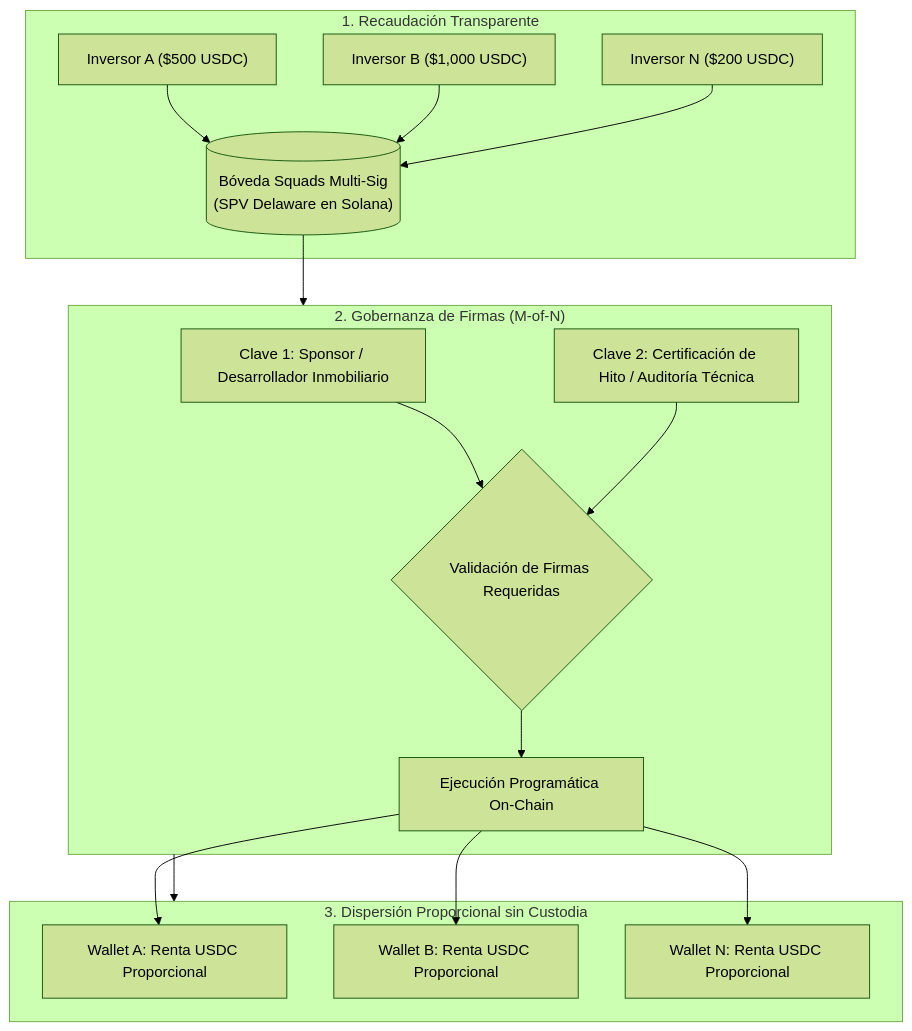
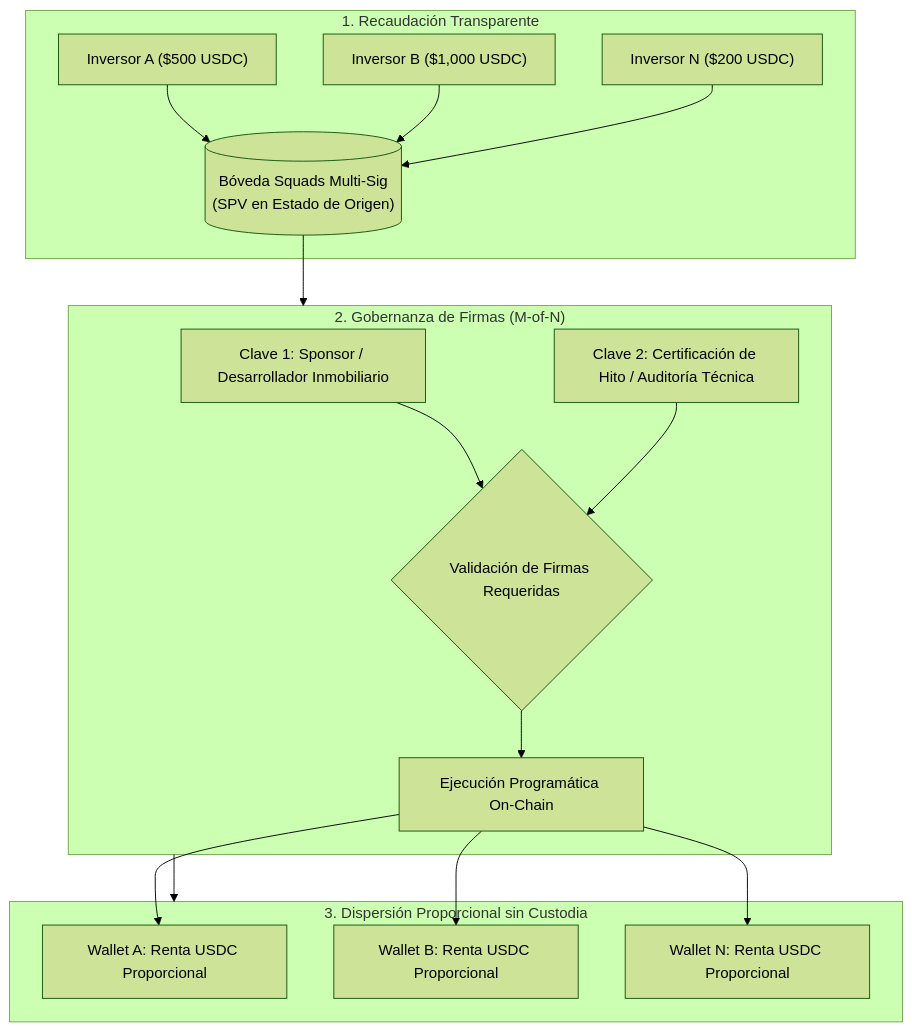
One commit to jeisonsosablockdev/BRIDS-KNOWLEDGE-FORT changed the diagram in BRIDS-Brain/01 Negocio/01 Estrategia & Modelo/Business Concepts/concept-multisig-treasury-governance.md. Above: the diagram before and after it, drawn with Mermaid (forest theme). The commit also changed other lines of this file and 39 other files, not shown here.

````diff
--- a/BRIDS-Brain/01 Negocio/01 Estrategia & Modelo/Business Concepts/concept-multisig-treasury-governance.md
+++ b/BRIDS-Brain/01 Negocio/01 Estrategia & Modelo/Business Concepts/concept-multisig-treasury-governance.md
@@ -46,24 +46,24 @@
 ```mermaid
 flowchart TD
     subgraph Recaudacion["1. Recaudación Transparente"]
         Inv1["Inversor A ($500 USDC)"] --> Boveda
         Inv2["Inversor B ($1,000 USDC)"] --> Boveda
         Inv3["Inversor N ($200 USDC)"] --> Boveda
-        Boveda[("Bóveda Squads Multi-Sig<br/>(SPV Delaware en Solana)")]
+        Boveda[("Bóveda Squads Multi-Sig<br/>(SPV en Estado de Origen)")]
     end
 
     subgraph Gobernanza["2. Gobernanza de Firmas (M-of-N)"]
         K1["Clave 1: Sponsor / Desarrollador Inmobiliario"] --> Auth{"Validación de Firmas Requeridas"}
         K2["Clave 2: Certificación de Hito / Auditoría Técnica"] --> Auth
         Auth --> Release["Ejecución Programática On-Chain"]
     end
 
     subgraph Dispersion["3. Dispersión Proporcional sin Custodia"]
         Release --> Out1["Wallet A: Renta USDC Proporcional"]
         Release --> Out2["Wallet B: Renta USDC Proporcional"]
         Release --> Out3["Wallet N: Renta USDC Proporcional"]
     end
 
     Boveda --> Gobernanza
     Gobernanza --> Dispersion
 ```
````
